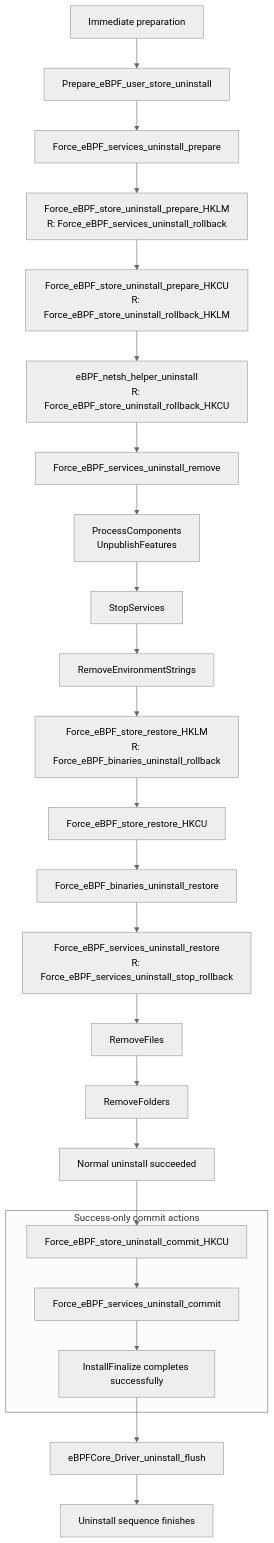
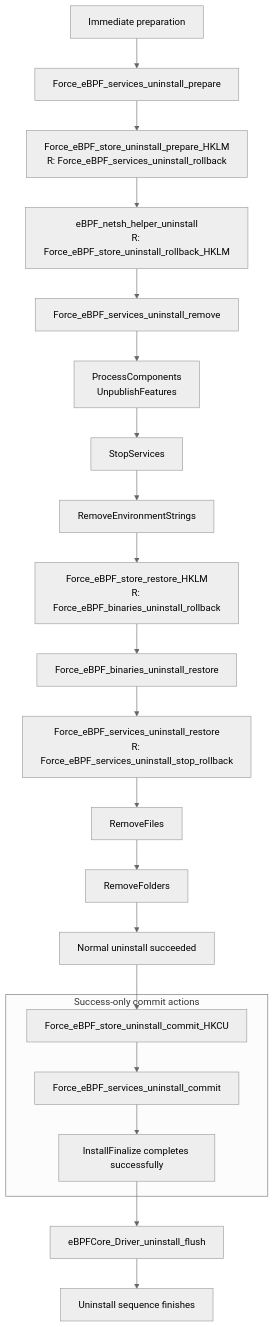
The second of 3 diagrams in docs/MsiForcedInstallation.md (microsoft/ebpf-for-windows), drawn with Mermaid (neutral theme) before and after one commit. The commit also changed other lines of this file and 4 other files, not shown here.

First line of the commit message:
Simplify forced MSI user registry store cleanup

````diff
--- a/docs/MsiForcedInstallation.md
+++ b/docs/MsiForcedInstallation.md
@@ -131,39 +129,36 @@
 ```mermaid
 flowchart TD
     Prep["Immediate preparation"]
 
-        UserAccess["Prepare_eBPF_user_store_uninstall"]
         ServiceSnapshot["Force_eBPF_services_uninstall_prepare"]
         MachineSnapshot["Force_eBPF_store_uninstall_prepare_HKLM<br/>R: Force_eBPF_services_uninstall_rollback"]
-        UserSnapshot["Force_eBPF_store_uninstall_prepare_HKCU<br/>R: Force_eBPF_store_uninstall_rollback_HKLM"]
-        Netsh["eBPF_netsh_helper_uninstall<br/>R: Force_eBPF_store_uninstall_rollback_HKCU"]
+        Netsh["eBPF_netsh_helper_uninstall<br/>R: Force_eBPF_store_uninstall_rollback_HKLM"]
         ServiceRemove["Force_eBPF_services_uninstall_remove"]
         Components["ProcessComponents<br/>UnpublishFeatures"]
         StandardStop["StopServices"]
         Environment["RemoveEnvironmentStrings"]
         MachineRestore["Force_eBPF_store_restore_HKLM<br/>R: Force_eBPF_binaries_uninstall_rollback"]
-        UserRestore["Force_eBPF_store_restore_HKCU"]
         BinaryRestore["Force_eBPF_binaries_uninstall_restore"]
         ServiceRestore["Force_eBPF_services_uninstall_restore<br/>R: Force_eBPF_services_uninstall_stop_rollback"]
         Files["RemoveFiles"]
         Folders["RemoveFolders"]
         NormalSuccess["Normal uninstall succeeded"]
 
-        UserAccess --> ServiceSnapshot --> MachineSnapshot --> UserSnapshot --> Netsh
+        ServiceSnapshot --> MachineSnapshot --> Netsh
         Netsh --> ServiceRemove --> Components
         Components --> StandardStop --> Environment --> MachineRestore
-        MachineRestore --> UserRestore --> BinaryRestore --> ServiceRestore --> Files
+        MachineRestore --> BinaryRestore --> ServiceRestore --> Files
         Files --> Folders --> NormalSuccess
-    Prep --> UserAccess
+    Prep --> ServiceSnapshot
 
     subgraph Commit["Success-only commit actions"]
         UserCleanup["Force_eBPF_store_uninstall_commit_HKCU"]
         ServiceCleanup["Force_eBPF_services_uninstall_commit"]
         Finished["InstallFinalize completes successfully"]
         UserCleanup --> ServiceCleanup --> Finished
     end
 
     NormalSuccess --> UserCleanup
     Finished --> Query["eBPFCore_Driver_uninstall_flush"]
     Query --> Done["Uninstall sequence finishes"]
 ```
````
